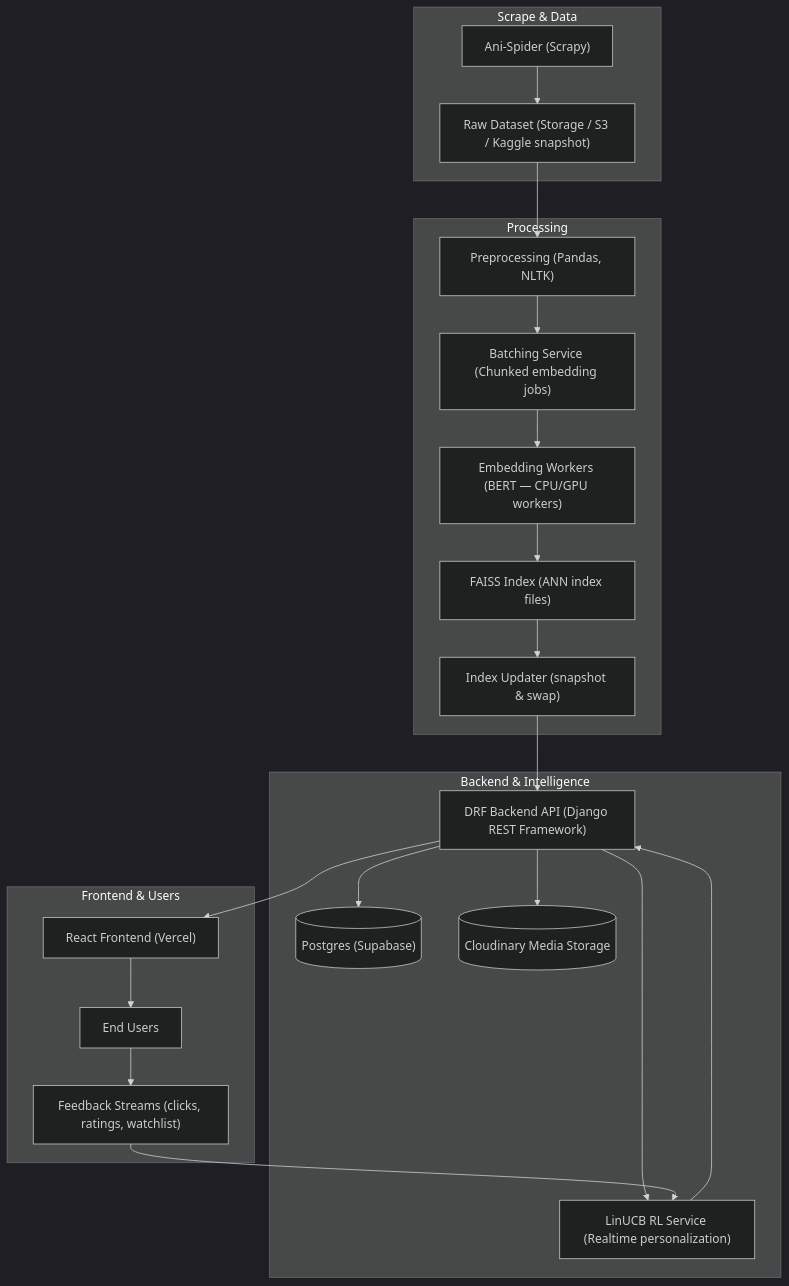
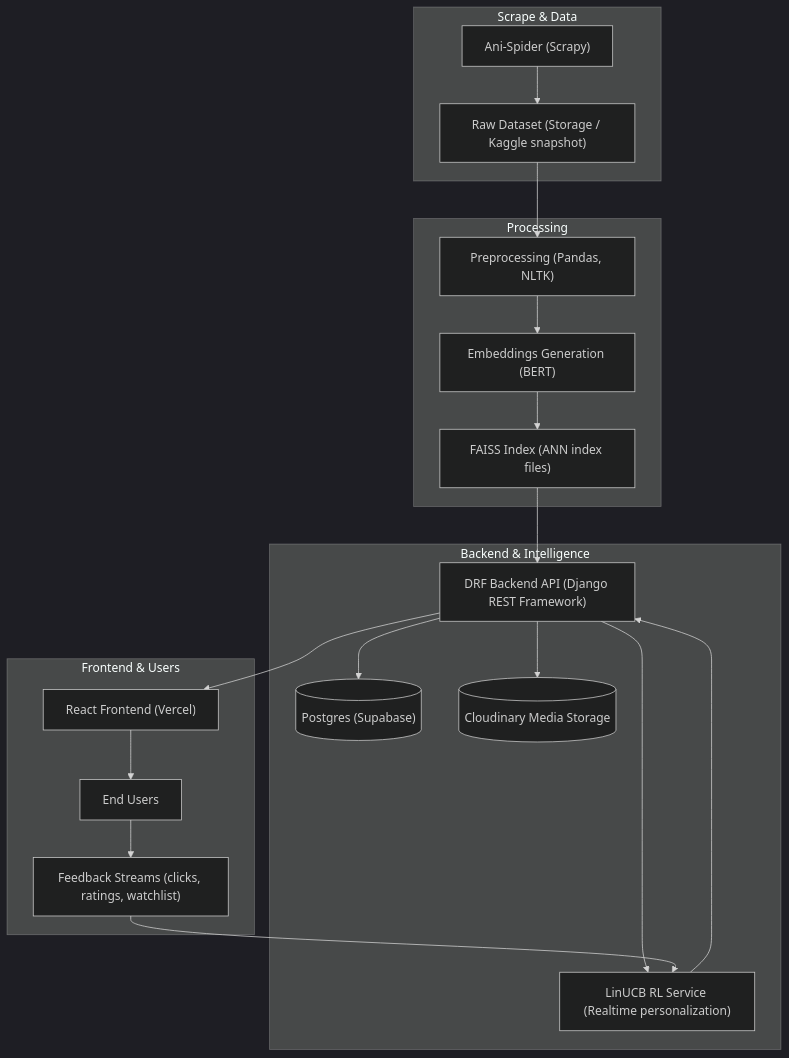
The diagram in README.md (Mridul-23/ani-verse), drawn with Mermaid (dark theme) before and after one commit. The commit also changed other lines of this file, not shown here.

Commit message:
docs(README): made minor modifications in README.

````diff
--- a/README.md
+++ b/README.md
@@ -58,31 +58,29 @@
 ```mermaid
 flowchart TD
   subgraph "Scrape & Data"
-    A["Ani-Spider (Scrapy)"] --> B["Raw Dataset (Storage / S3 / Kaggle snapshot)"]
+    A["Ani-Spider (Scrapy)"] --> B["Raw Dataset (Storage / Kaggle snapshot)"]
   end
 
   subgraph "Processing"
     B --> C["Preprocessing (Pandas, NLTK)"]
-    C --> D["Batching Service (Chunked embedding jobs)"]
-    D --> E["Embedding Workers (BERT — CPU/GPU workers)"]
-    E --> F["FAISS Index (ANN index files)"]
-    F --> G["Index Updater (snapshot & swap)"]
+    C --> D["Embeddings Generation (BERT)"]
+    D --> E["FAISS Index (ANN index files)"]
   end
 
   subgraph "Backend & Intelligence"
-    G --> H["DRF Backend API (Django REST Framework)"]
-    H --> I["LinUCB RL Service (Realtime personalization)"]
-    I --> H
-    H --> Postgres[("Postgres (Supabase)")]
-    H --> Cloudinary[("Cloudinary Media Storage")]
+    E --> F["DRF Backend API (Django REST Framework)"]
+    F --> G["LinUCB RL Service (Realtime personalization)"]
+    G --> F
+    F --> Postgres[("Postgres (Supabase)")]
+    F --> Cloudinary[("Cloudinary Media Storage")]
   end
 
   subgraph "Frontend & Users"
-    H --> J["React Frontend (Vercel)"]
-    J --> Users["End Users"]
+    F --> H["React Frontend (Vercel)"]
+    H --> Users["End Users"]
     Users --> Feedback["Feedback Streams (clicks, ratings, watchlist)"]
-    Feedback --> I
+    Feedback --> G
   end
 
 
 ```
````
